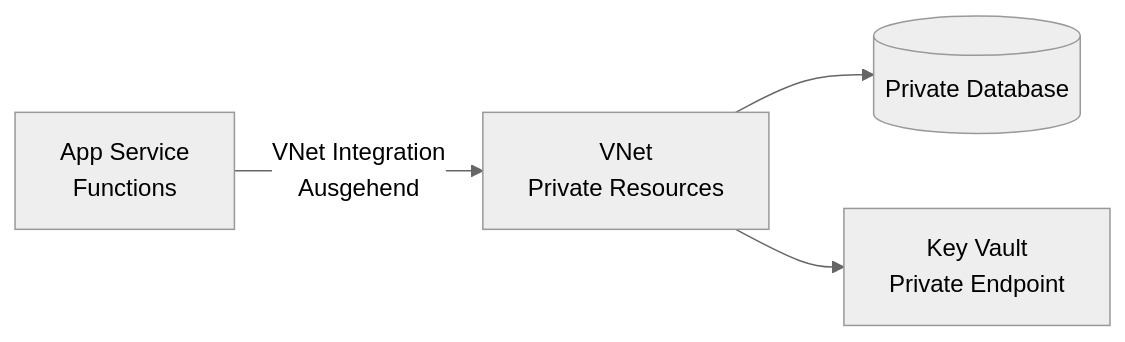
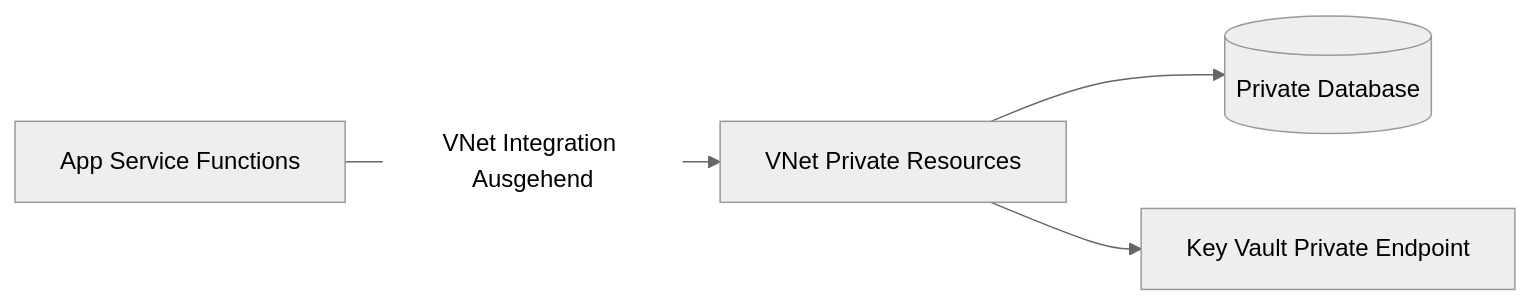
One commit to SoniiiT/notes-n-docs changed the fourth of 6 diagrams in Microsoft 365/Azure/Netzwerk/Azure Virtual Network.md. Above: the diagram before and after it, drawn with Mermaid (neutral theme). The commit also changed other lines of this file and 124 other files, not shown here.

First line of the commit message:
fix: Entferne \n aus allen Mermaid-Diagrammen (125 Dateien)

````diff
--- a/Microsoft 365/Azure/Netzwerk/Azure Virtual Network.md
+++ b/Microsoft 365/Azure/Netzwerk/Azure Virtual Network.md
@@ -145,6 +145,6 @@
 ```mermaid
 graph LR
-    APP[App Service\nFunctions] -->|VNet Integration\nAusgehend| VNET[VNet\nPrivate Resources]
+    APP[App Service Functions] -->|VNet Integration Ausgehend| VNET[VNet Private Resources]
     VNET --> DB[(Private Database)]
-    VNET --> KV[Key Vault\nPrivate Endpoint]
+    VNET --> KV[Key Vault Private Endpoint]
 ```
````
